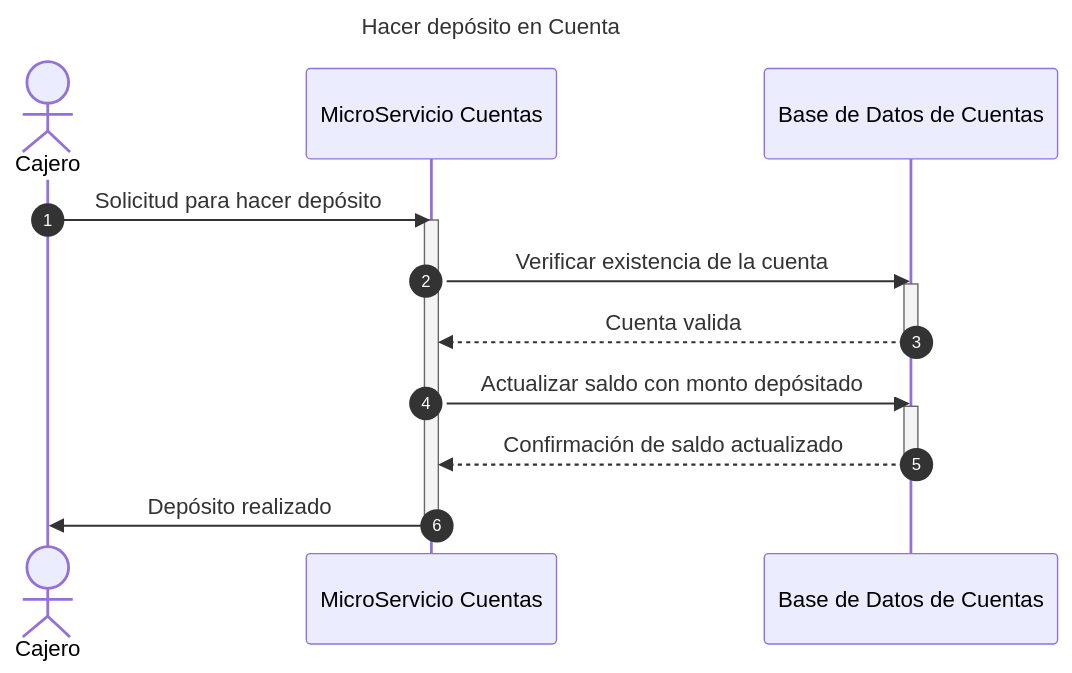
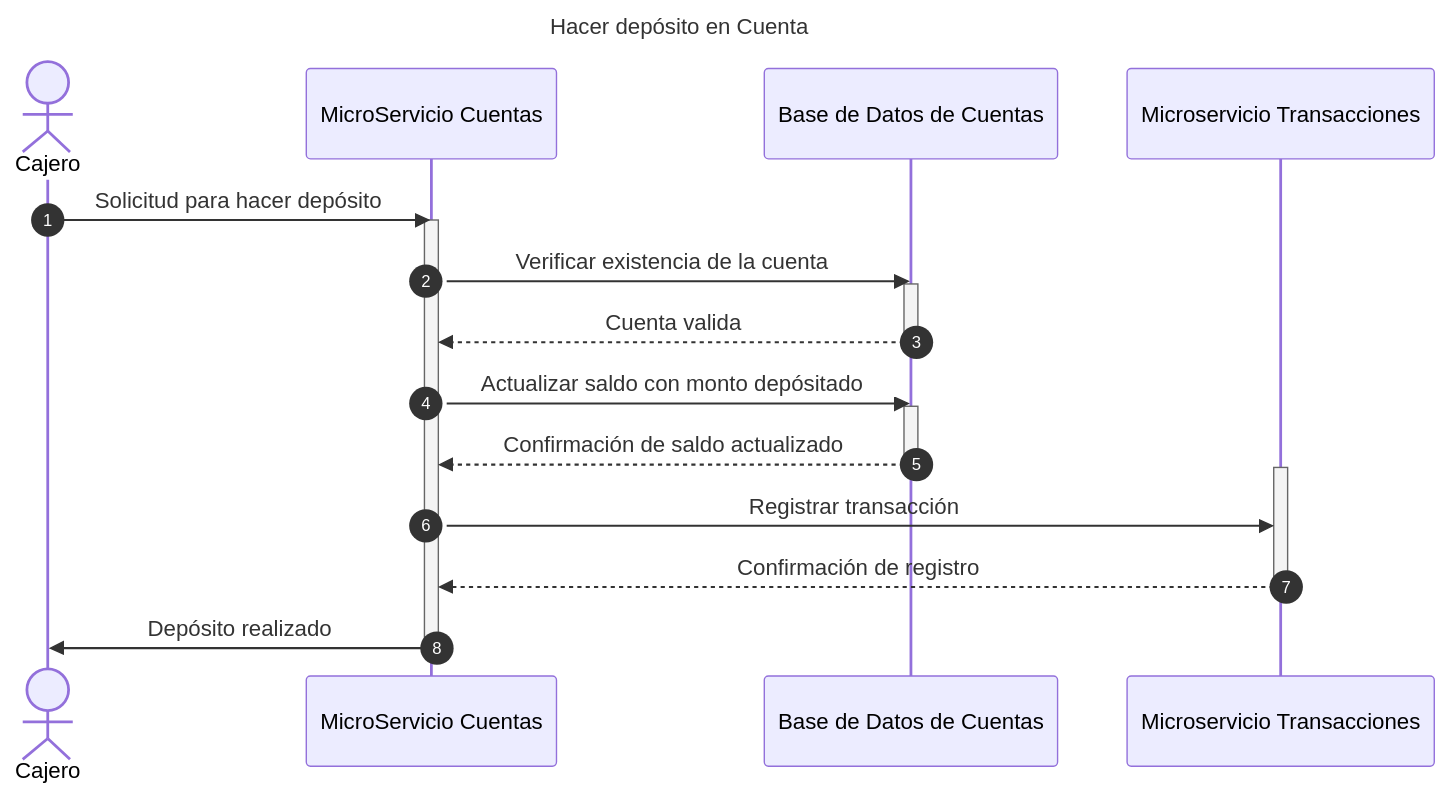
One commit to dannyverap/XYZBank changed diagram 11 of 13 in Documentacion/DiagramaDeSecuencia.md. Above: the diagram before and after it, drawn with Mermaid. The commit also changed other lines of this file, not shown here.

Commit message:
Update DiagramaDeSecuencia.md update with TransactionMS and add TransferMethod to accounts

````diff
--- a/Documentacion/DiagramaDeSecuencia.md
+++ b/Documentacion/DiagramaDeSecuencia.md
@@ -262,21 +261,25 @@
 ```mermaid
 sequenceDiagram
     title Hacer depósito en Cuenta
     autonumber
     actor C as Cajero
     participant MsCuenta as MicroServicio Cuentas
     participant CuentaDb as Base de Datos de Cuentas
-
+    participant MsTransaction as Microservicio Transacciones
     C ->> MsCuenta: Solicitud para hacer depósito
     activate MsCuenta
     MsCuenta ->> CuentaDb: Verificar existencia de la cuenta
     activate CuentaDb
     CuentaDb -->> MsCuenta: Cuenta valida
     deactivate CuentaDb
     MsCuenta ->> CuentaDb: Actualizar saldo con monto depósitado
     activate CuentaDb
     CuentaDb -->> MsCuenta: Confirmación de saldo actualizado
     deactivate CuentaDb
+    activate MsTransaction
+    MsCuenta ->> MsTransaction: Registrar transacción
+    MsTransaction -->> MsCuenta: Confirmación de registro
+    deactivate MsTransaction
     MsCuenta ->> C: Depósito realizado
     deactivate MsCuenta
  ```
````
